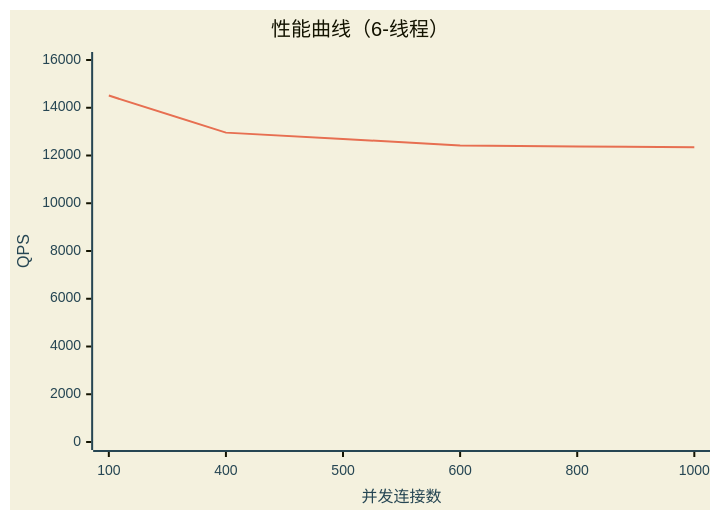
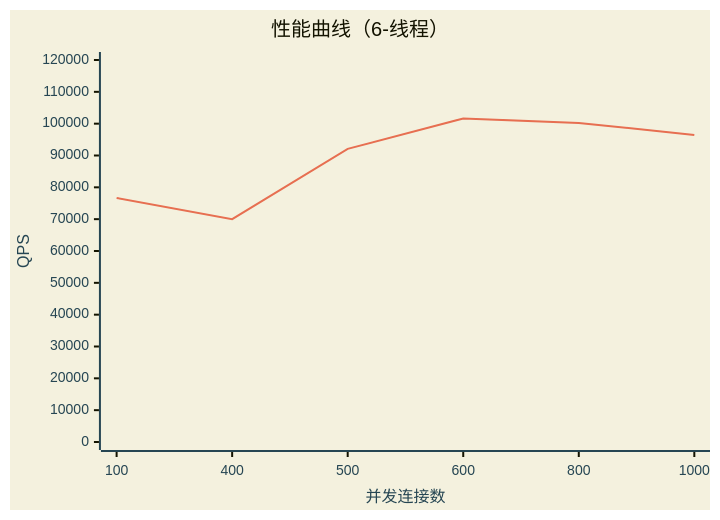
One commit to iLogIng/http_server changed the second of 4 diagrams in stress-test/neo-stress-test.md. Above: the diagram before and after it, drawn with Mermaid. The commit also changed other lines of this file, not shown here.

````diff
--- a/stress-test/neo-stress-test.md
+++ b/stress-test/neo-stress-test.md
@@ -324,24 +304,24 @@
 ```mermaid
 %%{
   init: {
     'theme': 'base',
     'themeVariables': {
       'xyChart': {
         'plotColorPalette': '#E76F51, #2A9D8F, #F4A261',
         'xAxisLineColor': '#264653',
         'yAxisLineColor': '#264653',
         'xAxisTitleColor': '#264653',
         'yAxisTitleColor': '#264653',
         'xAxisLabelColor': '#264653',
         'yAxisLabelColor': '#264653',
         'backgroundColor': '#F4F1DE'
       }
     }
   }
 }%%
 xychart-beta
     title "性能曲线（6-线程）"
     x-axis "并发连接数" [100, 400, 500, 600, 800, 1000]
-    y-axis "QPS" 0 --> 16000
-    line "6-线程 QPS" [14511, 12958, 12694, 12421, 12379, 12344]
+    y-axis "QPS" 0 --> 120000
+    line "6-线程 QPS" [76663, 70014, 92078, 101649, 100209, 96471]
 ```
````
